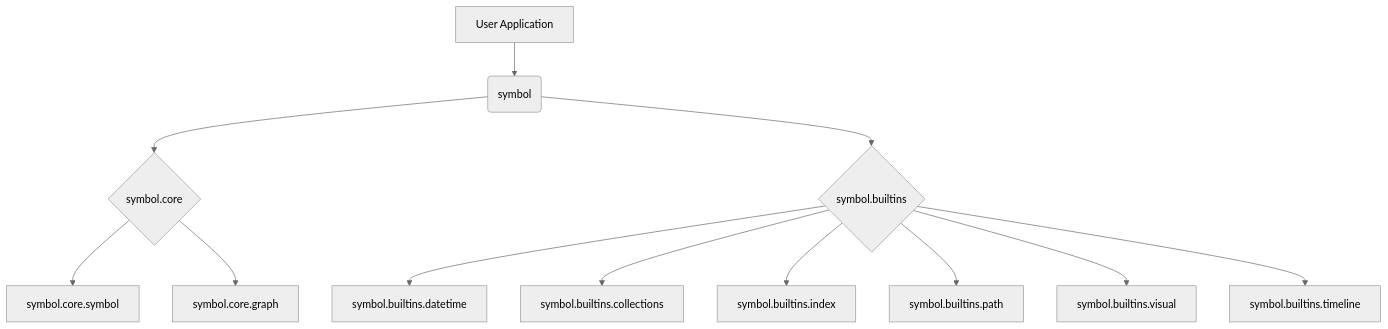
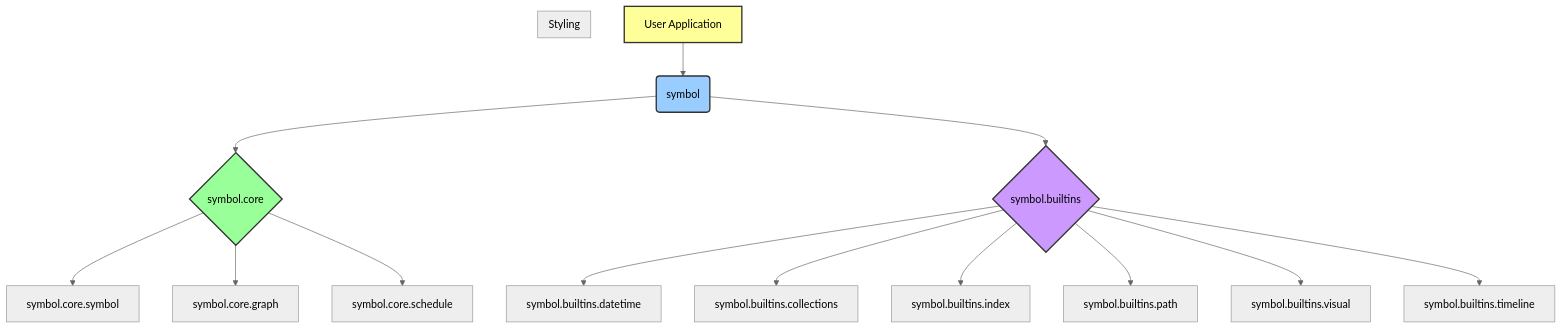
Before and after one commit to ikko/sym: the first of 2 diagrams in README.md, drawn with Mermaid (neutral theme). The commit also changed other lines of this file and 6 other files, not shown here.

````diff
--- a/README.md
+++ b/README.md
@@ -121,14 +138,22 @@
 ```mermaid
 graph TD
     A[User Application] --> B(symbol)
     B --> C{symbol.core}
     B --> D{symbol.builtins}
     C --> E[symbol.core.symbol]
     C --> F[symbol.core.graph]
-    D --> G[symbol.builtins.datetime]
-    D --> H[symbol.builtins.collections]
-    D --> I[symbol.builtins.index]
-    D --> J[symbol.builtins.path]
-    D --> K[symbol.builtins.visual]
-    D --> L[symbol.builtins.timeline]
+    C --> G[symbol.core.schedule]
+    D --> H[symbol.builtins.datetime]
+    D --> I[symbol.builtins.collections]
+    D --> J[symbol.builtins.index]
+    D --> K[symbol.builtins.path]
+    D --> L[symbol.builtins.visual]
+    D --> M[symbol.builtins.timeline]
+    
+    subgraph "Styling"
+        style A fill:#ff9,stroke:#333,stroke-width:2px
+        style B fill:#9cf,stroke:#333,stroke-width:2px
+        style C fill:#9f9,stroke:#333,stroke-width:2px
+        style D fill:#c9f,stroke:#333,stroke-width:2px
+    end
 ```
````
